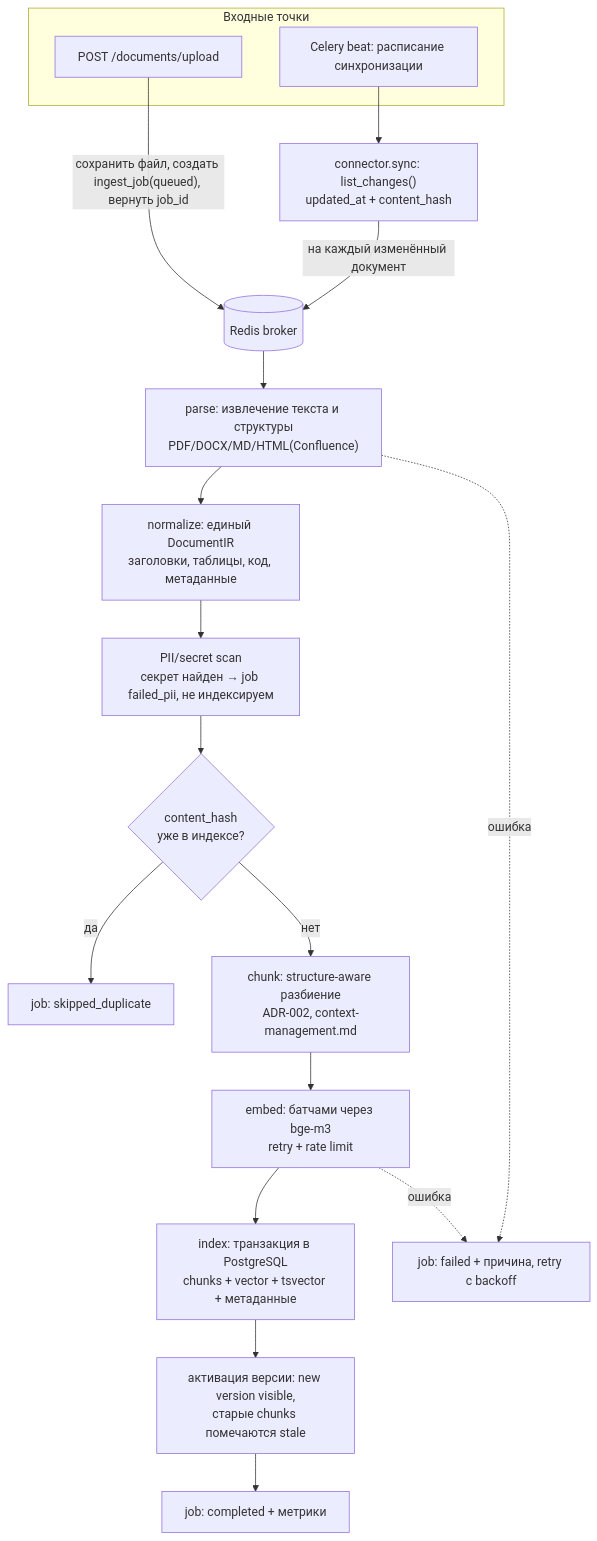
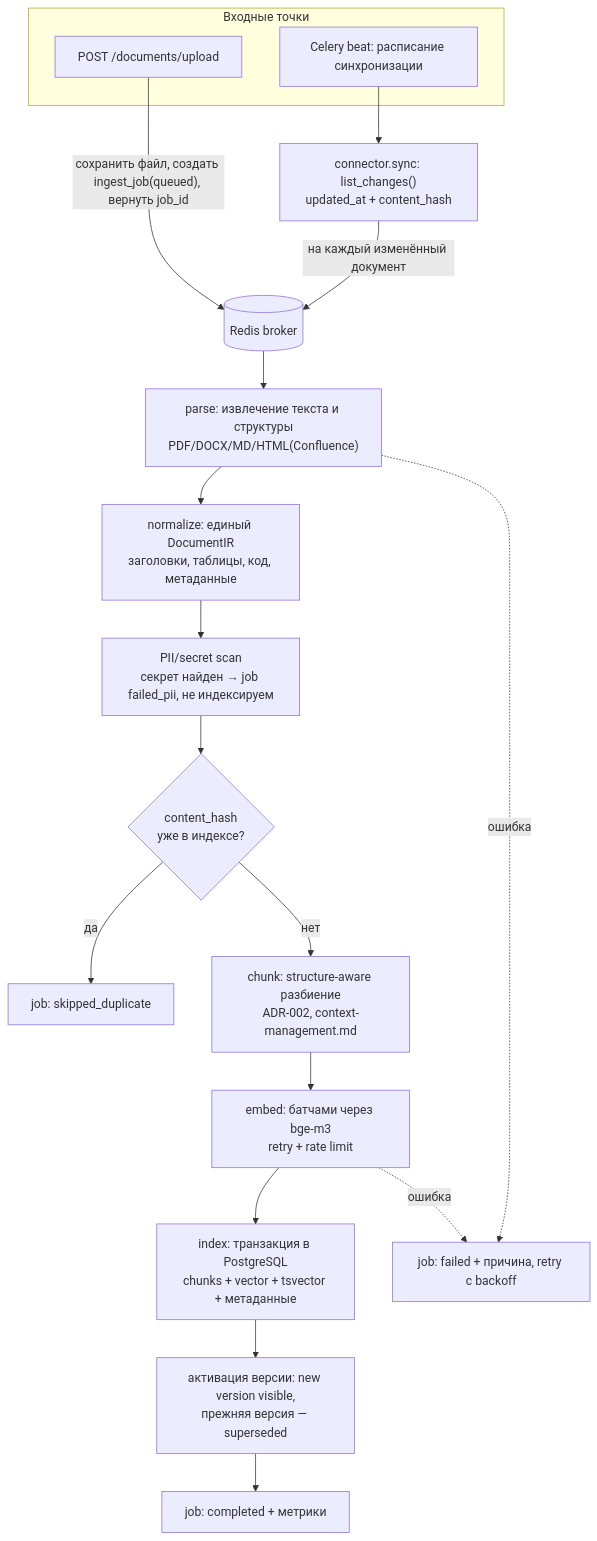
Before and after one commit to axrmxv/lyra: the second of 3 diagrams in docs/architecture.md, drawn with Mermaid. The commit also changed 7 other files, not shown here.

````diff
--- a/docs/architecture.md
+++ b/docs/architecture.md
@@ -101,25 +101,25 @@
 ```mermaid
 flowchart TB
     subgraph Entry["Входные точки"]
         UPLOAD["POST /documents/upload"]
         BEAT["Celery beat: расписание синхронизации"]
     end
 
     UPLOAD -->|"сохранить файл, создать ingest_job(queued), вернуть job_id"| Q[(Redis broker)]
     BEAT --> SYNCTASK["connector.sync: list_changes()<br/>updated_at + content_hash"]
     SYNCTASK -->|на каждый изменённый документ| Q
 
     Q --> PARSE["parse: извлечение текста и структуры<br/>PDF/DOCX/MD/HTML(Confluence)"]
     PARSE --> NORM["normalize: единый DocumentIR<br/>заголовки, таблицы, код, метаданные"]
     NORM --> PII["PII/secret scan<br/>секрет найден → job failed_pii, не индексируем"]
     PII --> DEDUP{"content_hash<br/>уже в индексе?"}
     DEDUP -->|да| SKIP["job: skipped_duplicate"]
     DEDUP -->|нет| CHUNK["chunk: structure-aware разбиение<br/>ADR-002, context-management.md"]
     CHUNK --> EMBED["embed: батчами через bge-m3<br/>retry + rate limit"]
     EMBED --> INDEX["index: транзакция в PostgreSQL<br/>chunks + vector + tsvector + метаданные"]
-    INDEX --> VERSION["активация версии: new version visible,<br/>старые chunks помечаются stale"]
+    INDEX --> VERSION["активация версии: new version visible,<br/>прежняя версия — superseded"]
     VERSION --> DONE["job: completed + метрики"]
 
     PARSE -.->|ошибка| FAIL["job: failed + причина, retry с backoff"]
     EMBED -.->|ошибка| FAIL
 ```
````
